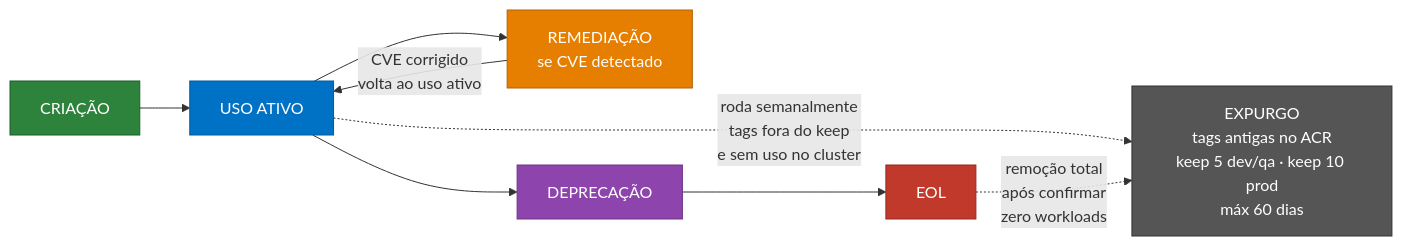
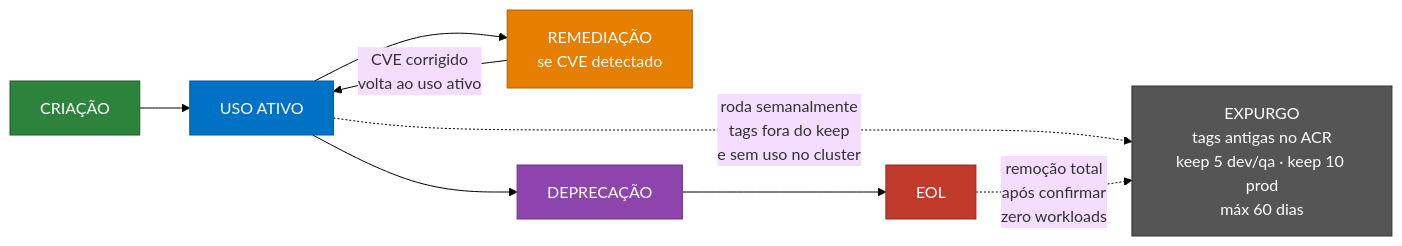
The second of 3 diagrams in image-lifecycle.md (welbsterhansi/renovate), drawn with Mermaid before and after one commit. The commit also changed other lines of this file, not shown here.

Commit message:
Set white background on all Mermaid diagrams.

````diff
--- a/image-lifecycle.md
+++ b/image-lifecycle.md
@@ -135,25 +136,26 @@
 ```mermaid
+%%{init: {'theme': 'base', 'themeVariables': {'background': '#ffffff', 'primaryBackground': '#ffffff'}}}%%
 flowchart LR
     C["CRIAÇÃO"]
     U["USO ATIVO"]
     R["REMEDIAÇÃO\nse CVE detectado"]
     D["DEPRECAÇÃO"]
     E["EOL"]
     EXP["EXPURGO\ntags antigas no ACR\nkeep 5 dev/qa · keep 10 prod\nmáx 60 dias"]
 
     C --> U
     U --> R
     R -->|"CVE corrigido\nvolta ao uso ativo"| U
     U --> D
     D --> E
 
     U -. "roda semanalmente\ntags fora do keep\ne sem uso no cluster" .-> EXP
     E -. "remoção total\napós confirmar\nzero workloads" .-> EXP
 
     style C fill:#2d833b,color:#fff,stroke:#1a5c28
     style U fill:#0072c6,color:#fff,stroke:#005a9e
     style R fill:#e67e00,color:#fff,stroke:#b36200
     style D fill:#8e44ad,color:#fff,stroke:#6c3483
     style E fill:#c0392b,color:#fff,stroke:#922b21
     style EXP fill:#555,color:#fff,stroke:#333
 ```
````
